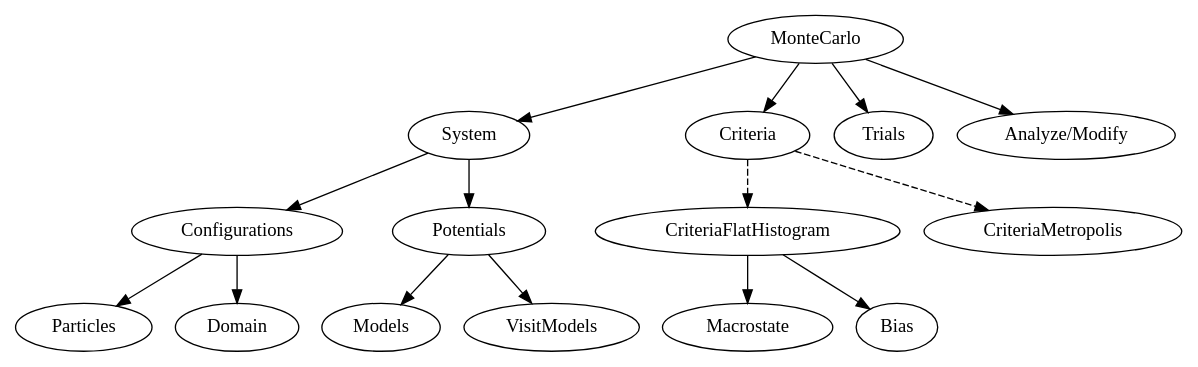
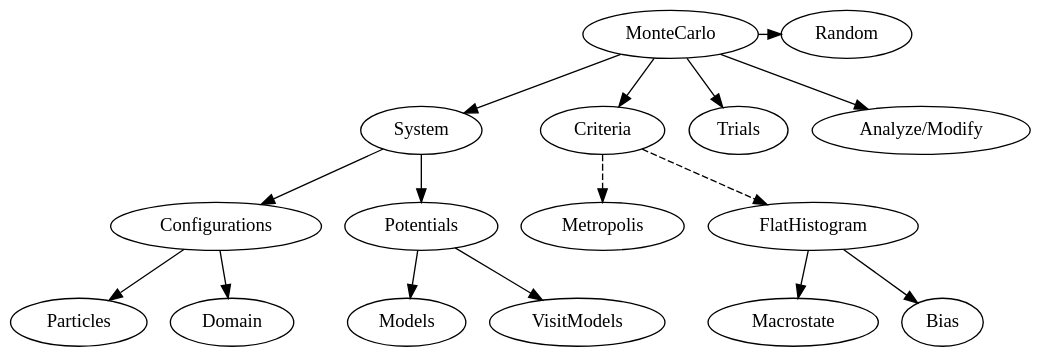
Before and after one commit to usnistgov/feasst: the diagram in plugin/monte_carlo/doc/monte_carlo.dot, drawn with Graphviz. The commit also changed 204 other files, not shown here.

Commit message:
Tutorial ipynb, html rtd theme, pip install, ewald debug, flat histogram renames and reweight.

```diff
--- a/plugin/monte_carlo/doc/monte_carlo.dot
+++ b/plugin/monte_carlo/doc/monte_carlo.dot
@@ -1,31 +1,36 @@
 digraph parallel {
+  bgcolor=transparent
   configs [label="Configurations"];
   pots [label="Potentials"];
+  ran [label="Random"];
   sys [label="System"];
   //sys [label="System"; style="dashed"];
   crit [label="Criteria"]
-  critfh [label="CriteriaFlatHistogram"]
+  met [label="Metropolis"]
+  critfh [label="FlatHistogram"]
   trials [label="Trials"];
   an [label="Analyze/Modify"];
-  mc [label="MonteCarlo"]
+  mc [label="MonteCarlo"];
 
+  {rank = same; mc; ran}
+  mc -> ran
   mc -> sys
   mc -> crit
   mc -> trials
   mc -> an
 
   sys -> configs
   sys -> pots
 
   configs -> Particles
   configs -> Domain
 
   pots -> Models
   pots -> VisitModels
 
-  crit -> CriteriaMetropolis [style="dashed"]
-  crit -> critfh [style="dashed"]
-
   critfh -> Macrostate
   critfh -> Bias
+
+  crit -> met [style="dashed"]
+  crit -> critfh [style="dashed"]
 }
```
